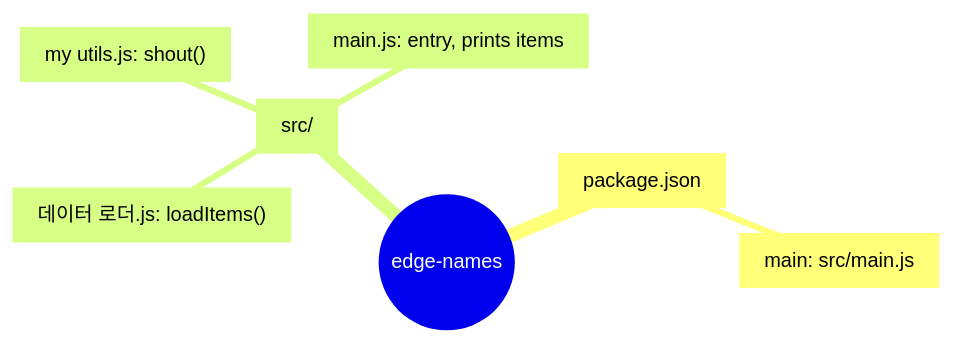
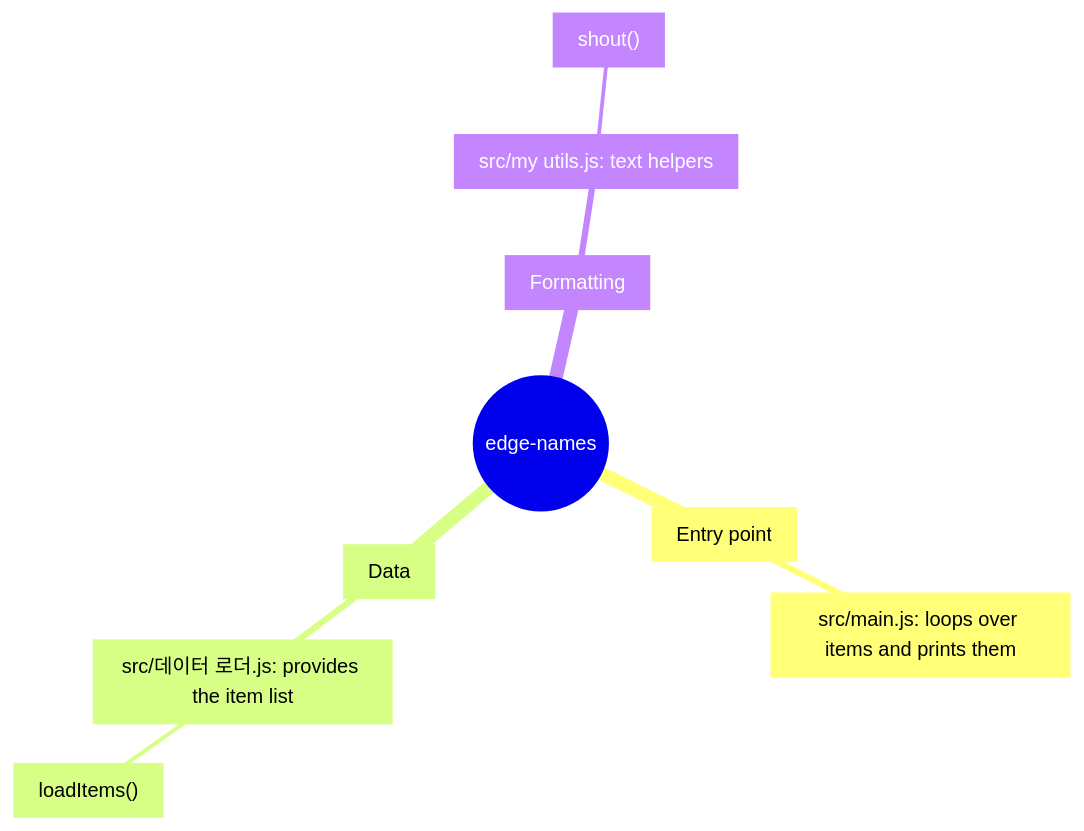
Before and after one commit to hxxnn/codemap: the diagram in examples/edge-names/docs/codemap/mindmap.md, drawn with Mermaid. The commit also changed other lines of this file and 35 other files, not shown here.

````diff
--- a/examples/edge-names/docs/codemap/mindmap.md
+++ b/examples/edge-names/docs/codemap/mindmap.md
@@ -12,10 +14,12 @@
 ```mermaid
 mindmap
   root((edge-names))
-    n1["package.json"]
-      n2["main: src/main.js"]
-    n3["src/"]
-      n4["main.js: entry, prints items"]
-      n5["my utils.js: shout()"]
-      n6["데이터 로더.js: loadItems()"]
+    a1["Entry point"]
+      a2["src/main.js: loops over items and prints them"]
+    a3["Data"]
+      a4["src/데이터 로더.js: provides the item list"]
+        a5["loadItems()"]
+    a6["Formatting"]
+      a7["src/my utils.js: text helpers"]
+        a8["shout()"]
 ```
````
